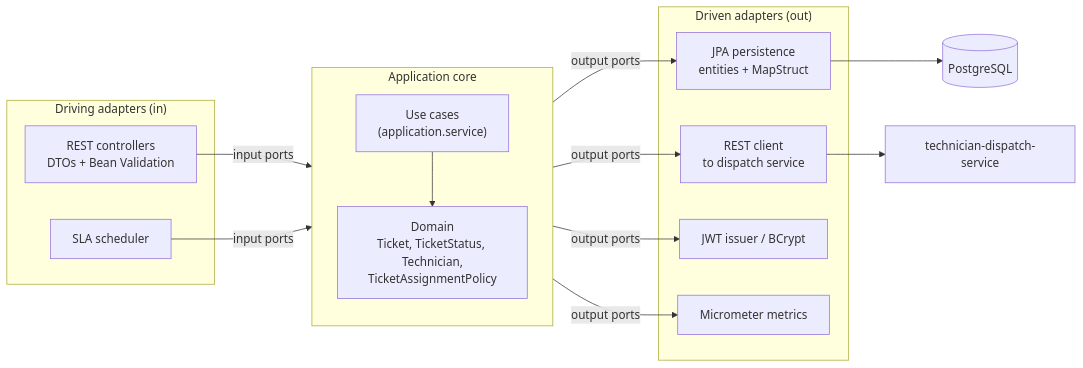
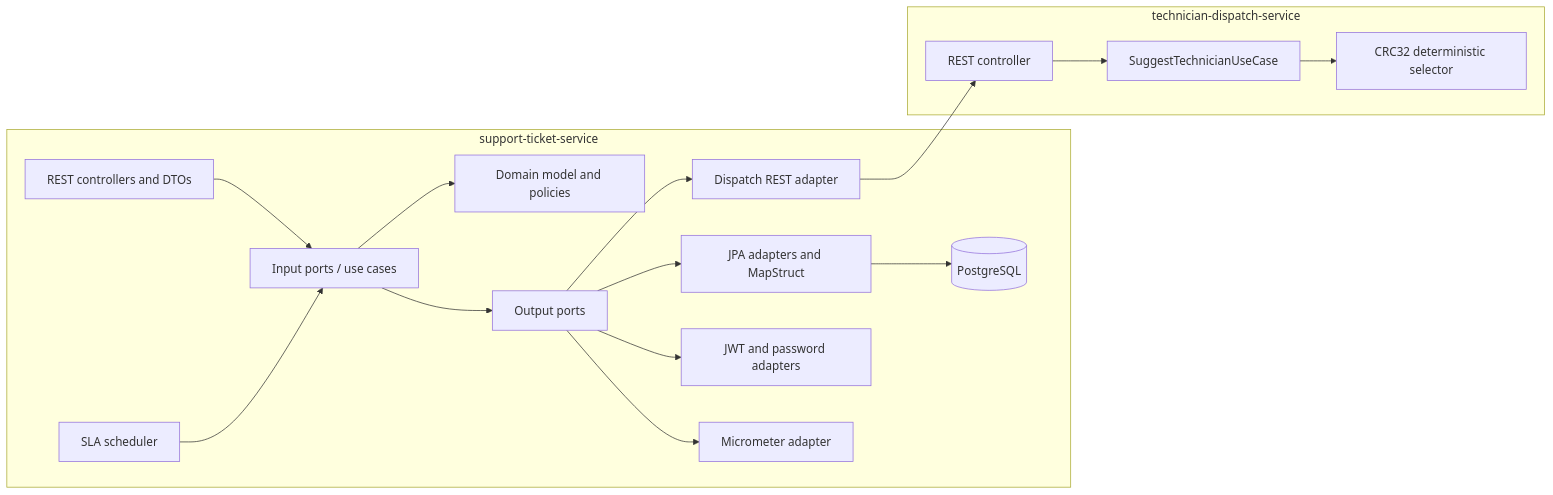
The first of 5 diagrams in README.md (sntiago05/spring-performance-test), drawn with Mermaid before and after one commit. The commit also changed other lines of this file and 2 other files, not shown here.

````diff
--- a/README.md
+++ b/README.md
@@ -94,27 +420,19 @@
 ```mermaid
 flowchart LR
-    subgraph In["Driving adapters (in)"]
-        REST["REST controllers<br/>DTOs + Bean Validation"]
-        SCH["SLA scheduler"]
-    end
-    subgraph Core["Application core"]
-        direction TB
-        UC["Use cases<br/>(application.service)"]
-        DOM["Domain<br/>Ticket, TicketStatus, Technician,<br/>TicketAssignmentPolicy"]
-        UC --> DOM
-    end
-    subgraph Out["Driven adapters (out)"]
-        JPA["JPA persistence<br/>entities + MapStruct"]
-        DSP["REST client<br/>to dispatch service"]
-        SEC["JWT issuer / BCrypt"]
-        MET["Micrometer metrics"]
-    end
-    REST -- "input ports" --> UC
-    SCH -- "input ports" --> UC
-    UC -- "output ports" --> JPA
-    UC -- "output ports" --> DSP
-    UC -- "output ports" --> SEC
-    UC -- "output ports" --> MET
-    JPA --> DB[(PostgreSQL)]
-    DSP --> DISP["technician-dispatch-service"]
+  subgraph ticket["support-ticket-service"]
+    web["REST controllers and DTOs"] --> inports["Input ports / use cases"]
+    job["SLA scheduler"] --> inports
+    inports --> domain["Domain model and policies"]
+    inports --> outports["Output ports"]
+    outports --> jpa["JPA adapters and MapStruct"]
+    outports --> client["Dispatch REST adapter"]
+    outports --> security["JWT and password adapters"]
+    outports --> metrics["Micrometer adapter"]
+    jpa --> db[(PostgreSQL)]
+  end
+  subgraph dispatch["technician-dispatch-service"]
+    rest["REST controller"] --> suggestPort["SuggestTechnicianUseCase"]
+    suggestPort --> selector["CRC32 deterministic selector"]
+  end
+  client --> rest
 ```
````
